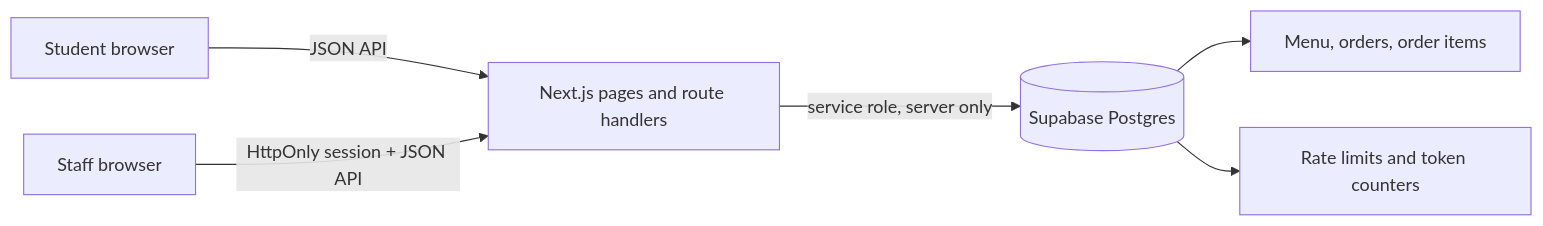
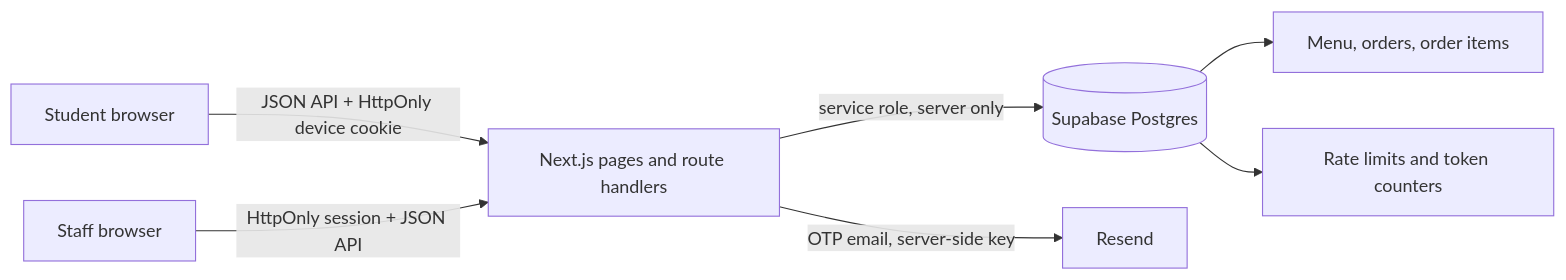
One commit to AI-HACKAHON-SE-MAX/NEXORA-CANTEEN-X changed the diagram in docs/design.md. Above: the diagram before and after it, drawn with Mermaid. The commit also changed other lines of this file and 22 other files, not shown here.

````diff
--- a/docs/design.md
+++ b/docs/design.md
@@ -5,8 +5,9 @@
 ```mermaid
 flowchart LR
-  Student[Student browser] -->|JSON API| Next[Next.js pages and route handlers]
+  Student[Student browser] -->|JSON API + HttpOnly device cookie| Next[Next.js pages and route handlers]
   Staff[Staff browser] -->|HttpOnly session + JSON API| Next
   Next -->|service role, server only| DB[(Supabase Postgres)]
+  Next -->|OTP email, server-side key| Mail[Resend]
   DB --> Menu[Menu, orders, order items]
   DB --> Limits[Rate limits and token counters]
 ```
````
